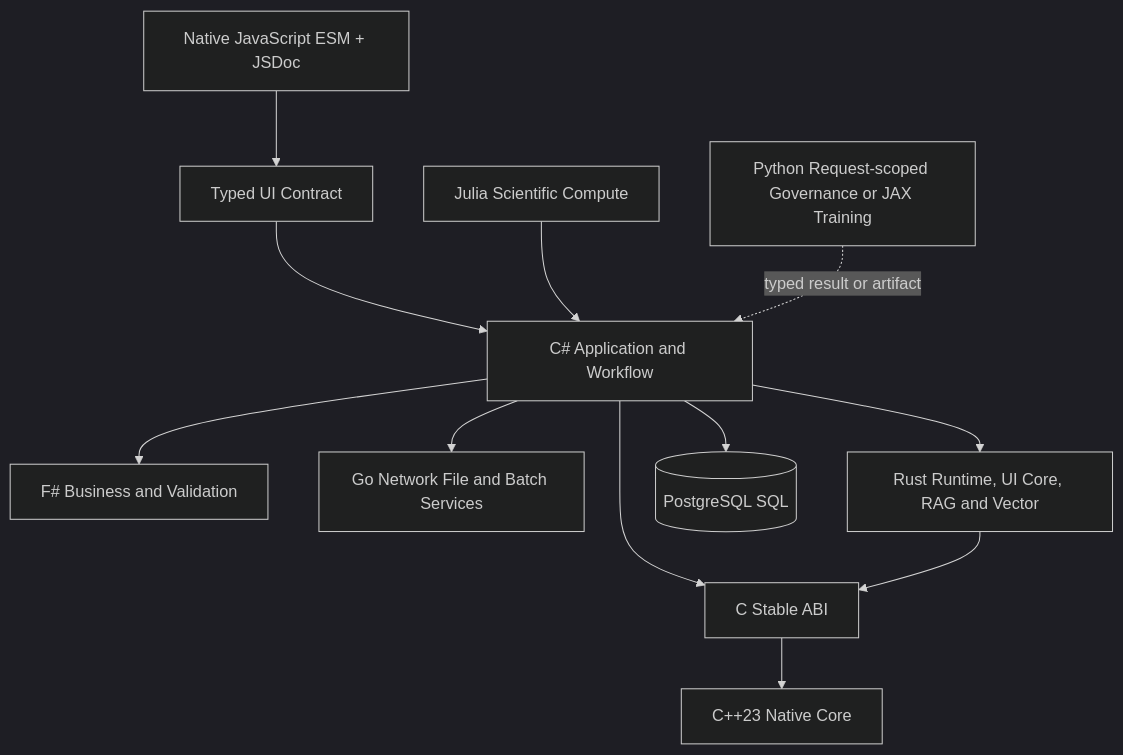
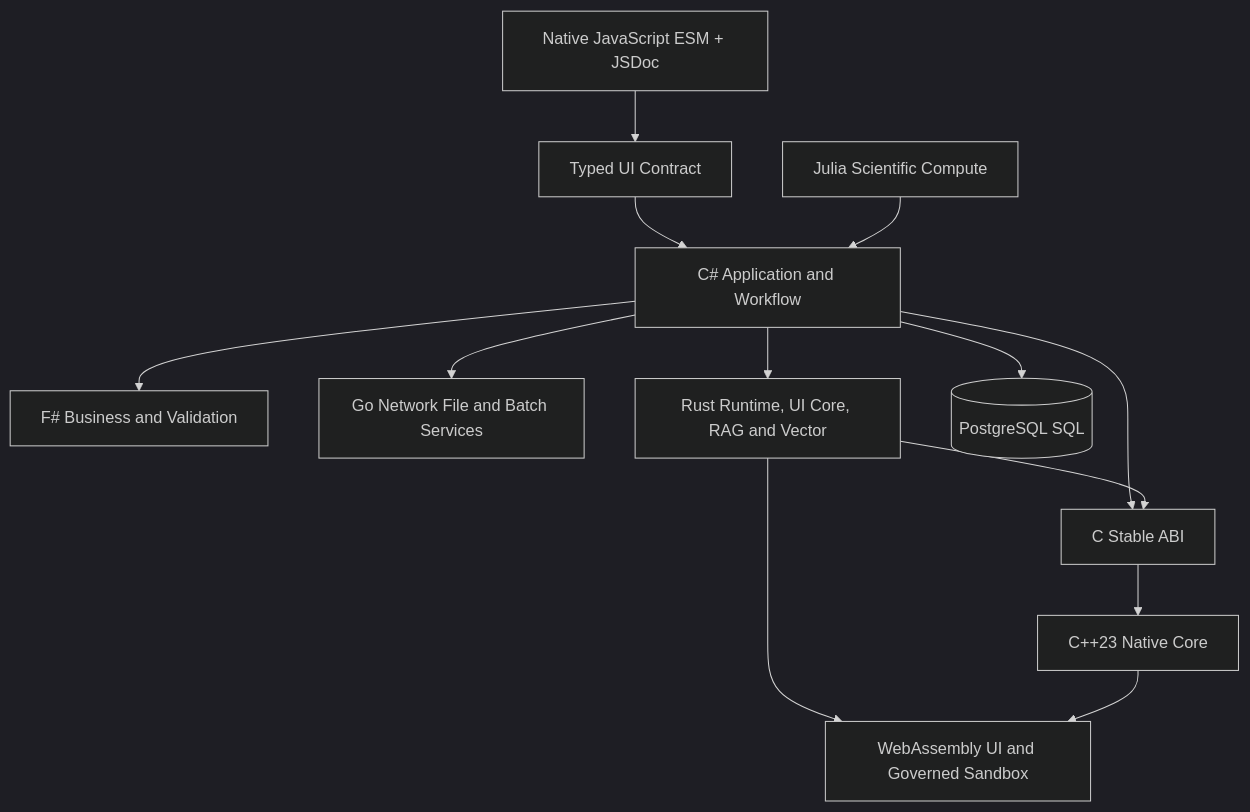
Before and after one commit to guilty442-source/GPTBridge: the first of 5 diagrams in governance_rule/codex/architecture-languages.md, drawn with Mermaid (dark theme). The commit also changed other lines of this file and 114 other files, not shown here.

````diff
--- a/governance_rule/codex/architecture-languages.md
+++ b/governance_rule/codex/architecture-languages.md
@@ -22,14 +28,15 @@
 ```mermaid
 flowchart TB
   JS[Native JavaScript ESM + JSDoc] --> API[Typed UI Contract]
   API --> CS[C# Application and Workflow]
   CS --> FS[F# Business and Validation]
   CS --> GO[Go Network File and Batch Services]
   CS --> RUST[Rust Runtime, UI Core, RAG and Vector]
   CS --> CABI[C Stable ABI]
   RUST --> CABI
   CABI --> CPP[C++23 Native Core]
   CS --> SQL[(PostgreSQL SQL)]
   JULIA[Julia Scientific Compute] --> CS
-  PY[Python Request-scoped Governance or JAX Training] -.typed result or artifact.-> CS
+  RUST --> WASM[WebAssembly UI and Governed Sandbox]
+  CPP --> WASM
 ```
````
